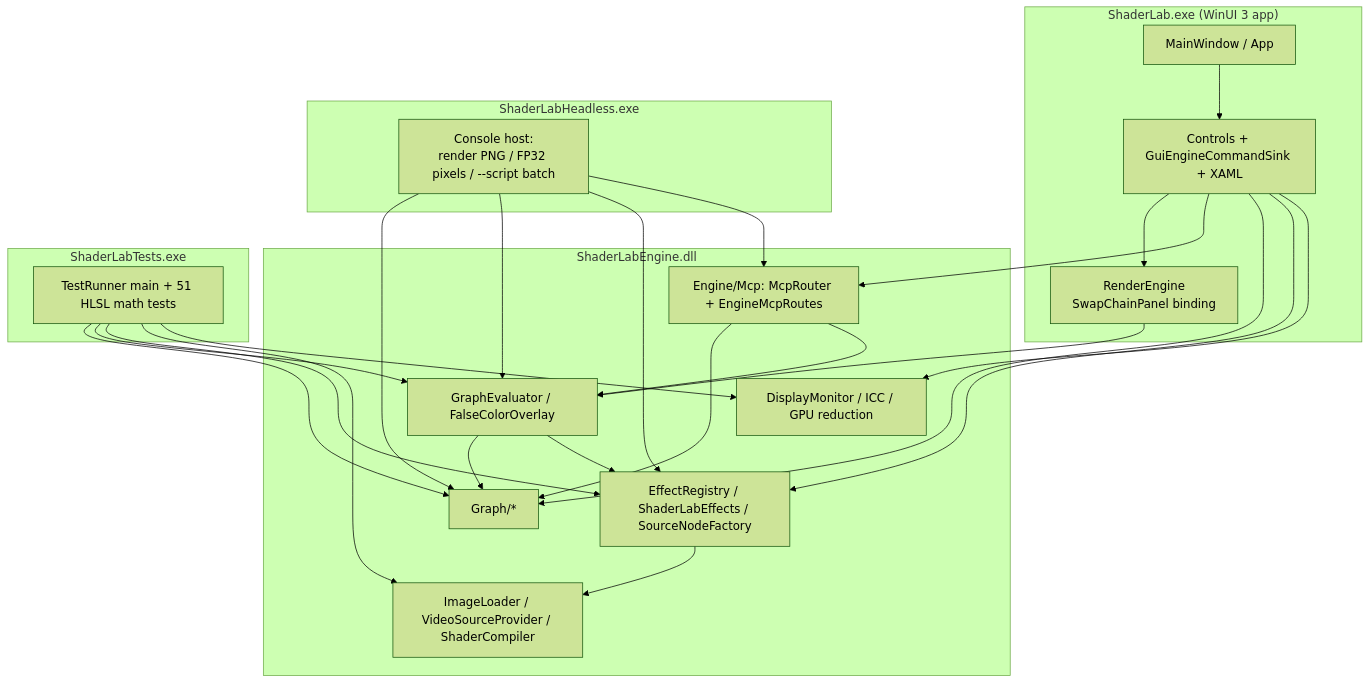
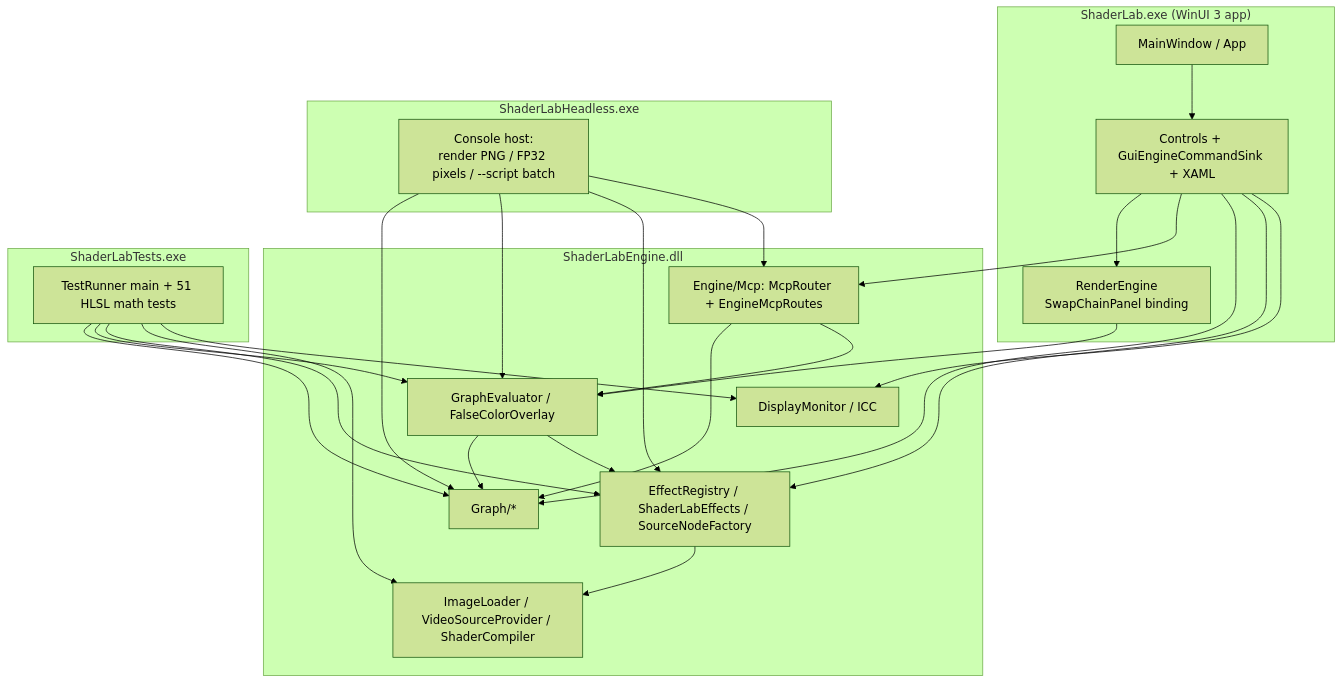
The diagram in docs/architecture/overview.md (Spruill-1/ShaderLab), drawn with Mermaid (forest theme) before and after one commit. The commit also changed 42 other files, not shown here.

````diff
--- a/docs/architecture/overview.md
+++ b/docs/architecture/overview.md
@@ -3,47 +3,47 @@
 ```mermaid
 graph TB
     subgraph App["ShaderLab.exe (WinUI 3 app)"]
         MW[MainWindow / App]
         UI[Controls + GuiEngineCommandSink + XAML]
         RE[RenderEngine<br/>SwapChainPanel binding]
     end
 
     subgraph Engine["ShaderLabEngine.dll"]
         EG[Graph/*]
         EV[GraphEvaluator / FalseColorOverlay]
         FX[EffectRegistry / ShaderLabEffects / SourceNodeFactory]
         IO[ImageLoader / VideoSourceProvider / ShaderCompiler]
-        MON[DisplayMonitor / ICC / GPU reduction]
+        MON[DisplayMonitor / ICC]
         MCP[Engine/Mcp: McpRouter + EngineMcpRoutes]
     end
 
     subgraph Tests["ShaderLabTests.exe"]
         TR[TestRunner main + 51 HLSL math tests]
     end
 
     subgraph Headless["ShaderLabHeadless.exe"]
         HC[Console host:<br/>render PNG / FP32 pixels / --script batch]
     end
 
     MW --> UI
     UI --> RE
     UI --> MCP
     RE --> EV
     UI --> EG
     UI --> FX
     UI --> MON
     EV --> EG
     EV --> FX
     FX --> IO
     MCP --> EG
     MCP --> EV
     TR --> EG
     TR --> EV
     TR --> FX
     TR --> IO
     TR --> MON
     HC --> EG
     HC --> EV
     HC --> FX
     HC --> MCP
 ```
````
